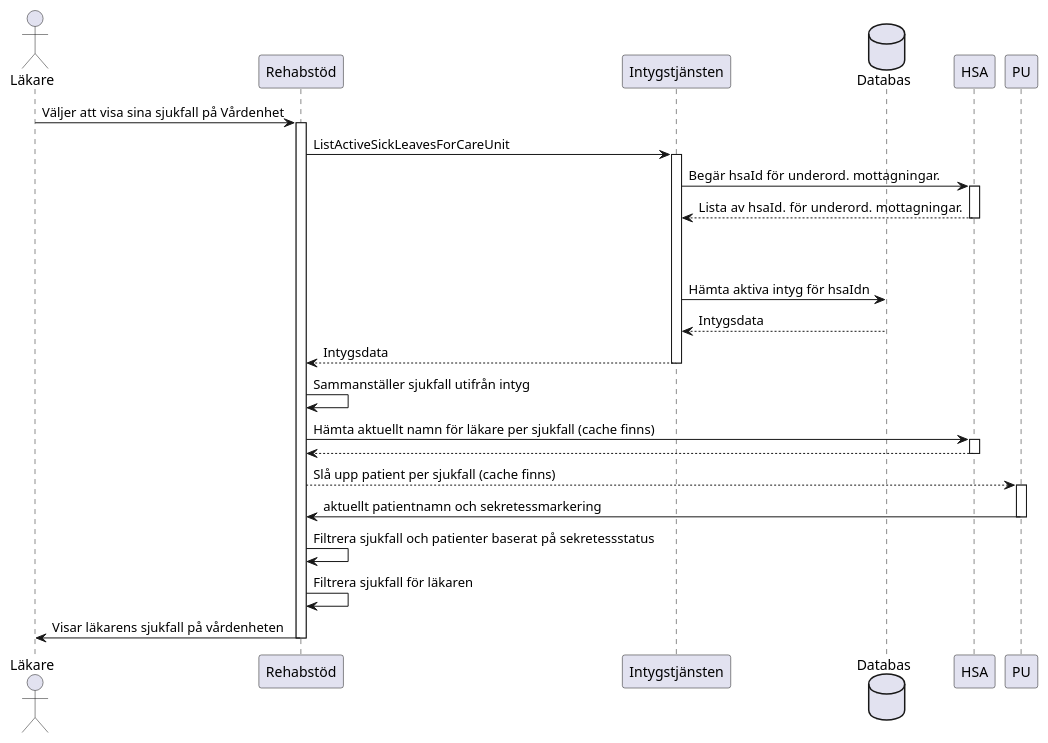
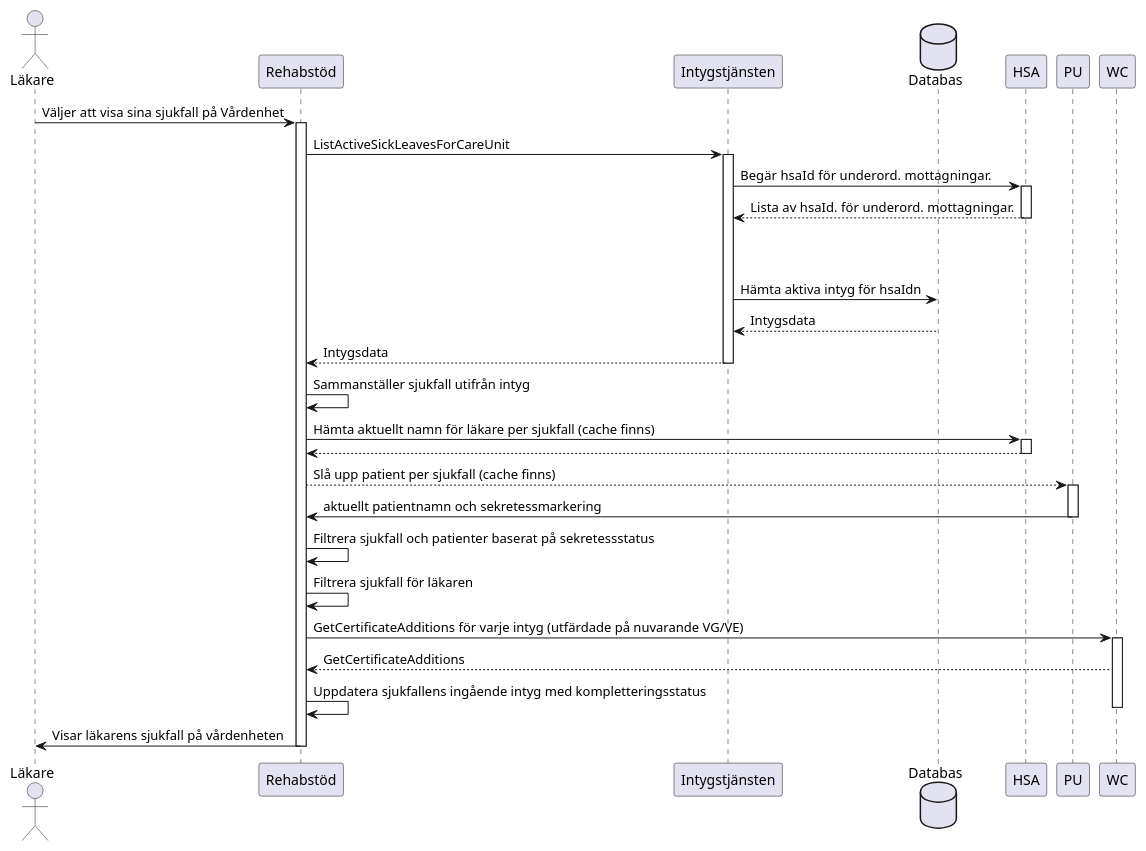
The diagram in docs/plantuml/sok-sjukfall-lakare.puml (sklintyg/rehabstod), drawn with PlantUML before and after one commit. The commit also changed 6 other files, not shown here.

Commit message:
INTYGFV-11769: Uppdaterat plantuml diagram som används i SAD

```diff
--- a/docs/plantuml/sok-sjukfall-lakare.puml
+++ b/docs/plantuml/sok-sjukfall-lakare.puml
@@ -1,32 +1,38 @@
 @startuml
 actor Läkare
 Läkare -> Rehabstöd: Väljer att visa sina sjukfall på Vårdenhet
 activate Rehabstöd
     Rehabstöd -> Intygstjänsten: ListActiveSickLeavesForCareUnit
 
     database Databas
     activate Intygstjänsten
         Intygstjänsten -> HSA: Begär hsaId för underord. mottagningar.
         activate HSA
             HSA --> Intygstjänsten: Lista av hsaId. för underord. mottagningar.
         deactivate HSA
         |||
         |||
         Intygstjänsten -> Databas: Hämta aktiva intyg för hsaIdn
         Databas --> Intygstjänsten: Intygsdata
         Intygstjänsten --> Rehabstöd: Intygsdata
     deactivate Intygstjänsten
     Rehabstöd -> Rehabstöd: Sammanställer sjukfall utifrån intyg
     Rehabstöd -> HSA: Hämta aktuellt namn för läkare per sjukfall (cache finns)
     activate HSA
        HSA --> Rehabstöd
     deactivate HSA
         Rehabstöd --> PU: Slå upp patient per sjukfall (cache finns)
     activate PU
         PU -> Rehabstöd: aktuellt patientnamn och sekretessmarkering
     deactivate PU
     Rehabstöd -> Rehabstöd: Filtrera sjukfall och patienter baserat på sekretessstatus
     Rehabstöd -> Rehabstöd: Filtrera sjukfall för läkaren
+
+    Rehabstöd -> WC: GetCertificateAdditions för varje intyg (utfärdade på nuvarande VG/VE)
+     activate WC
+    WC --> Rehabstöd: GetCertificateAdditions
+    Rehabstöd -> Rehabstöd: Uppdatera sjukfallens ingående intyg med kompletteringsstatus
+    deactivate WC
     Rehabstöd -> Läkare: Visar läkarens sjukfall på vårdenheten
 deactivate Rehabstöd
 @enduml
```
